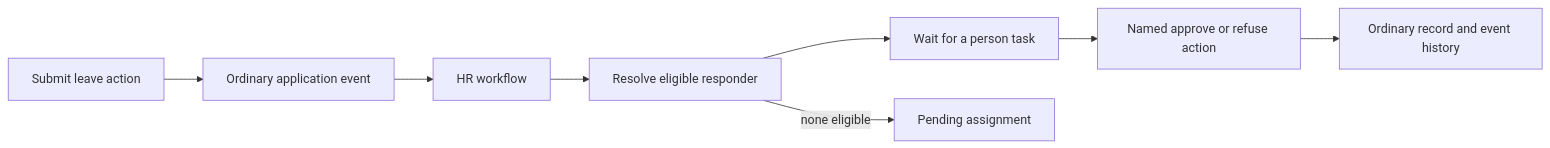
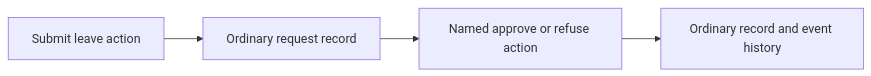
Before and after one commit to Abzum-NZ/Abzum-Vortex: the fourth of 4 diagrams in docs/specification/appendices/page-builder-contracts.md, drawn with Mermaid. The commit also changed other lines of this file and 50 other files, not shown here.

````diff
--- a/docs/specification/appendices/page-builder-contracts.md
+++ b/docs/specification/appendices/page-builder-contracts.md
@@ -229,10 +227,6 @@
 ```mermaid
 flowchart LR
-    S[Submit leave action] --> E[Ordinary application event]
-    E --> W[HR workflow]
-    W --> R[Resolve eligible responder]
-    R --> F[Wait for a person task]
-    R -->|none eligible| P[Pending assignment]
-    F --> A[Named approve or refuse action]
+    S[Submit leave action] --> R[Ordinary request record]
+    R --> A[Named approve or refuse action]
     A --> H[Ordinary record and event history]
 ```
````
